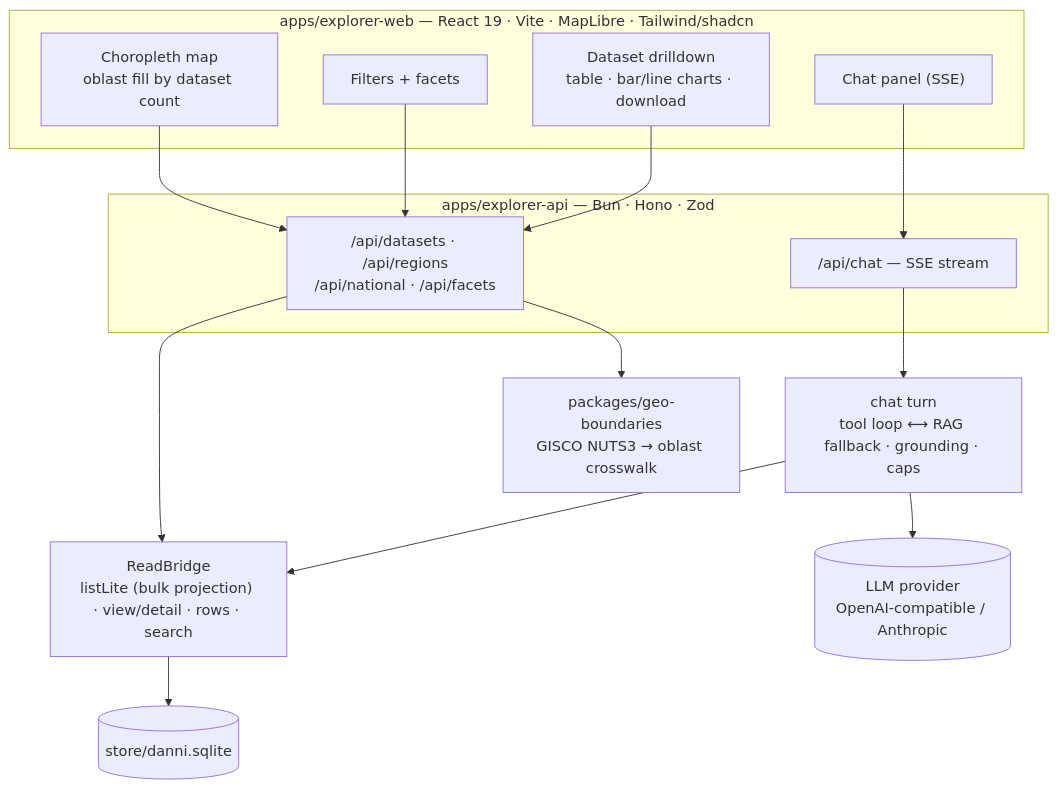
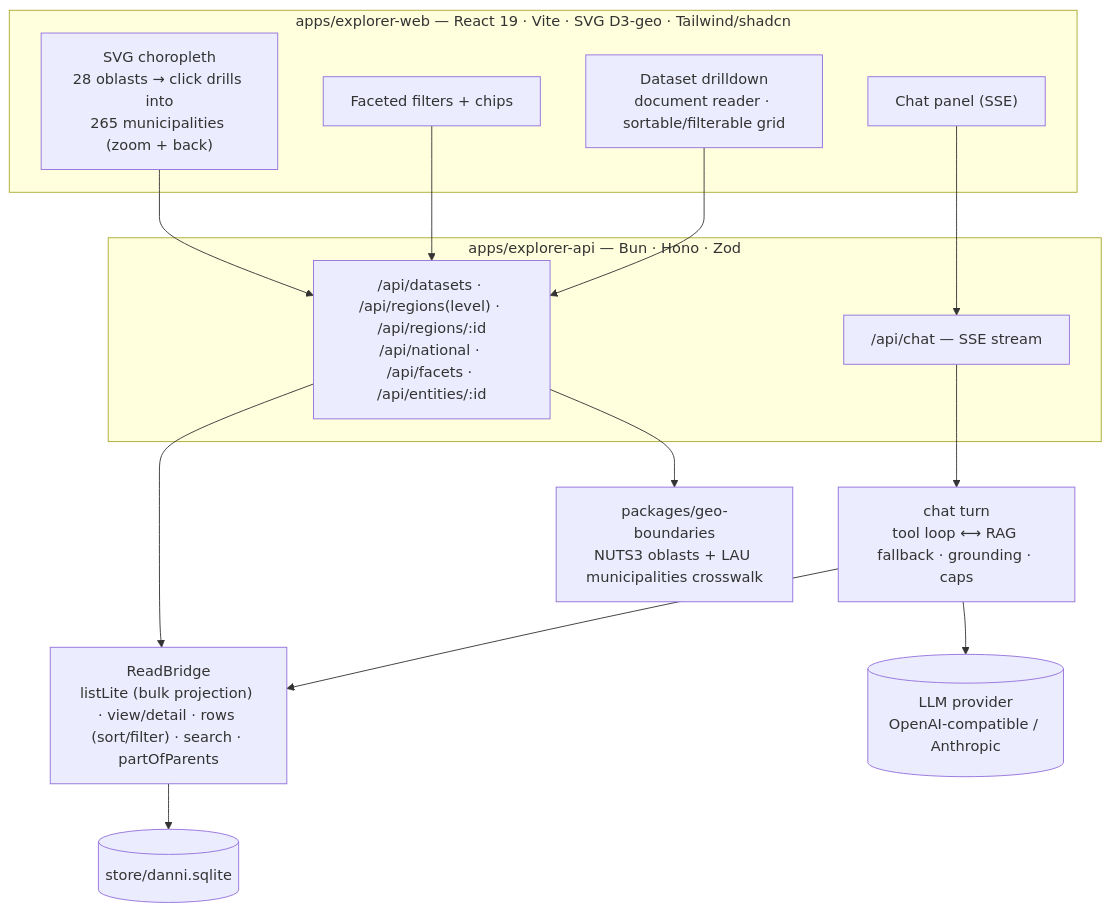
The second of 2 diagrams in docs/ARCHITECTURE.md (feedback-loop-ai/danni-bg), drawn with Mermaid before and after one commit. The commit also changed other lines of this file and 5 other files, not shown here.

First line of the commit message:
docs: update architecture docs for specs 009–017 (#34)

````diff
--- a/docs/ARCHITECTURE.md
+++ b/docs/ARCHITECTURE.md
@@ -238,28 +267,28 @@
 ```mermaid
 flowchart TD
-  subgraph WEB["apps/explorer-web — React 19 · Vite · MapLibre · Tailwind/shadcn"]
-    MAP["Choropleth map<br/>oblast fill by dataset count"]
-    FILT["Filters + facets"]
-    DRILL["Dataset drilldown<br/>table · bar/line charts · download"]
+  subgraph WEB["apps/explorer-web — React 19 · Vite · SVG D3-geo · Tailwind/shadcn"]
+    MAP["SVG choropleth<br/>28 oblasts → click drills into<br/>265 municipalities (zoom + back)"]
+    FILT["Faceted filters + chips"]
+    DRILL["Dataset drilldown<br/>document reader · sortable/filterable grid"]
     CHATUI["Chat panel (SSE)"]
   end
   subgraph API["apps/explorer-api — Bun · Hono · Zod"]
-    REST["/api/datasets · /api/regions<br/>/api/national · /api/facets"]
+    REST["/api/datasets · /api/regions(level) · /api/regions/:id<br/>/api/national · /api/facets · /api/entities/:id"]
     CHATR["/api/chat — SSE stream"]
   end
-  BRIDGE["ReadBridge<br/>listLite (bulk projection) · view/detail · rows · search"]
+  BRIDGE["ReadBridge<br/>listLite (bulk projection) · view/detail · rows (sort/filter) · search · partOfParents"]
   RUN["chat turn<br/>tool loop ⟷ RAG fallback · grounding · caps"]
-  GEO["packages/geo-boundaries<br/>GISCO NUTS3 → oblast crosswalk"]
+  GEO["packages/geo-boundaries<br/>NUTS3 oblasts + LAU municipalities crosswalk"]
   DB[("store/danni.sqlite")]
   LLM[("LLM provider<br/>OpenAI-compatible / Anthropic")]
 
   MAP --> REST
   FILT --> REST
   DRILL --> REST
   CHATUI --> CHATR
   REST --> BRIDGE
   REST --> GEO
   CHATR --> RUN --> BRIDGE
   RUN --> LLM
   BRIDGE --> DB
 ```
````
